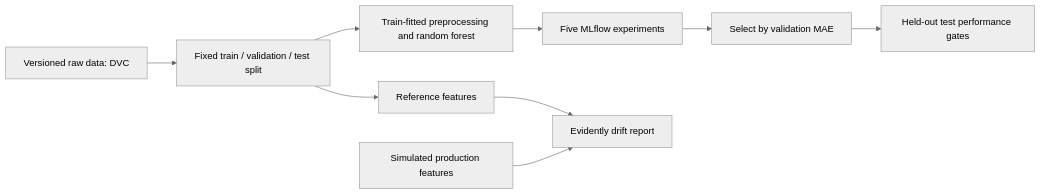
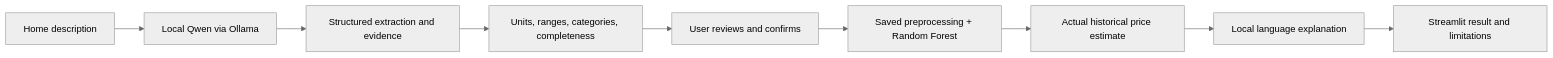
Before and after one commit to MichaelMartiradonna/ames-housing-mlops: the diagram in README.md, drawn with Mermaid (neutral theme). The commit also changed other lines of this file and 41 other files, not shown here.

````diff
--- a/README.md
+++ b/README.md
@@ -35,11 +76,11 @@
-```mermaid
+~~~mermaid
 flowchart LR
-    A[Versioned raw data: DVC] --> B[Fixed train / validation / test split]
-    B --> C[Train-fitted preprocessing and random forest]
-    C --> D[Five MLflow experiments]
-    D --> E[Select by validation MAE]
-    E --> F[Held-out test performance gates]
-    B --> G[Reference features]
-    G --> H[Evidently drift report]
-    I[Simulated production features] --> H
-```
+    A[Home description] --> B[Local Qwen via Ollama]
+    B --> C[Structured extraction and evidence]
+    C --> D[Units, ranges, categories, completeness]
+    D --> E[User reviews and confirms]
+    E --> F[Saved preprocessing + Random Forest]
+    F --> G[Actual historical price estimate]
+    G --> H[Local language explanation]
+    H --> I[Streamlit result and limitations]
+~~~
````
